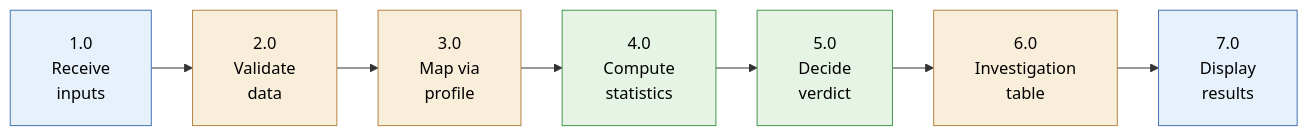
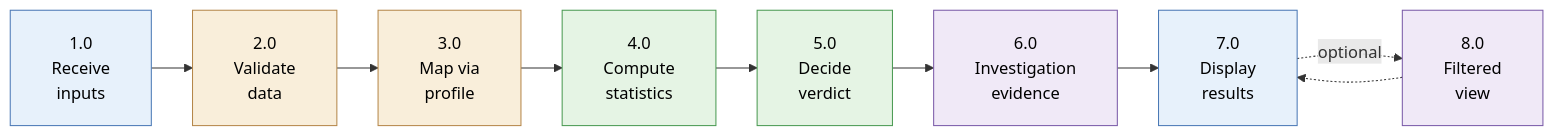
The third of 6 diagrams in docs/architecture.md (zaurbabayev222/team-sigma), drawn with Mermaid before and after one commit. The commit also changed other lines of this file and 4 other files, not shown here.

Commit message:
docs: update diagrams to the current app; contributions from Git history

````diff
--- a/docs/architecture.md
+++ b/docs/architecture.md
@@ -106,17 +110,21 @@
 ```mermaid
 %%{init: {"flowchart": {"padding": 20, "nodeSpacing": 30, "rankSpacing": 40}}}%%
 flowchart LR
     F1["1.0<br>Receive<br>inputs"] --> F2["2.0<br>Validate<br>data"]
     F2 --> F3["3.0<br>Map via<br>profile"]
     F3 --> F4["4.0<br>Compute<br>statistics"]
     F4 --> F5["5.0<br>Decide<br>verdict"]
-    F5 --> F6["6.0<br>Investigation<br>table"]
+    F5 --> F6["6.0<br>Investigation<br>evidence"]
     F6 --> F7["7.0<br>Display<br>results"]
+    F7 -. optional .-> F8["8.0<br>Filtered<br>view"]
+    F8 -.-> F7
 
     classDef ui fill:#e7f1fb,stroke:#4a78b5,color:#000
     classDef api fill:#f9eeda,stroke:#b5874a,color:#000
     classDef stats fill:#e5f4e4,stroke:#4a9a52,color:#000
+    classDef helper fill:#f0e9f7,stroke:#7a5aa8,color:#000
     class F1,F7 ui
-    class F2,F3,F6 api
+    class F2,F3 api
     class F4,F5 stats
+    class F6,F8 helper
 ```
````
